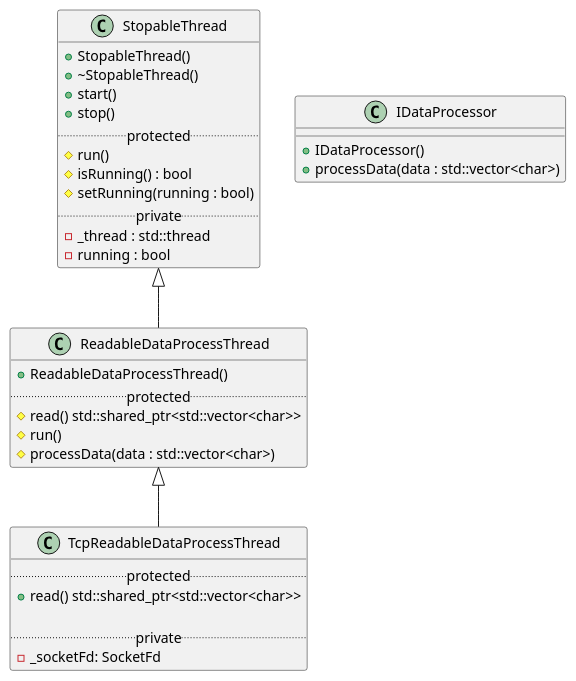
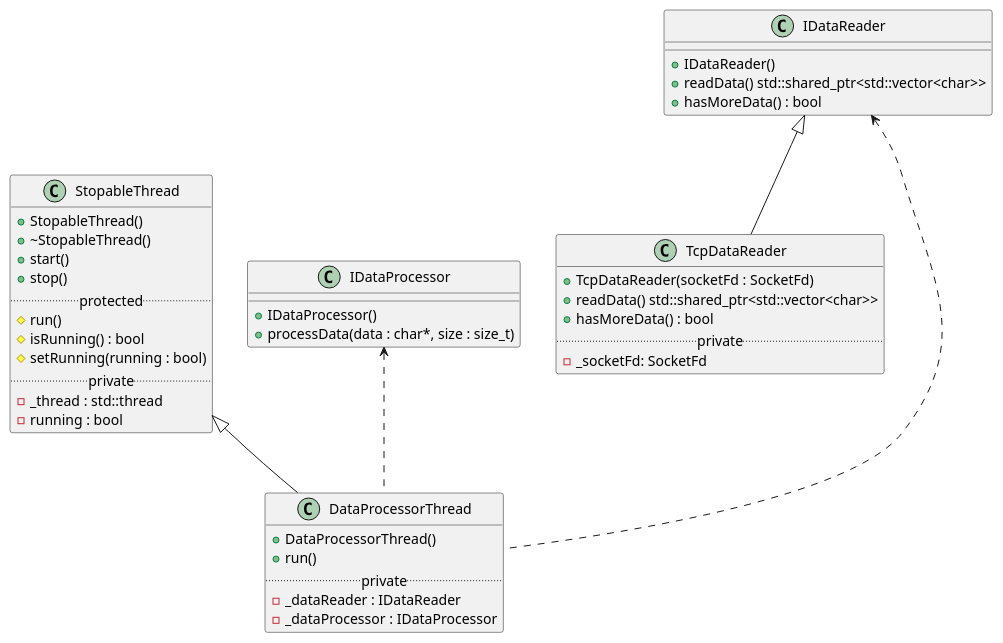
One commit to xiguichen/tcpudp changed the diagram in doc/DataProcess.md. Above: the diagram before and after it, drawn with PlantUML. The commit also changed 11 other files, not shown here.

````diff
--- a/doc/DataProcess.md
+++ b/doc/DataProcess.md
@@ -1,41 +1,50 @@
 ```plantuml
-class ReadableDataProcessThread extends StopableThread {
-    +ReadableDataProcessThread()
-    ..protected..
-     #read() std::shared_ptr<std::vector<char>> 
-    #run()
-     #processData(data : std::vector<char>)
-}
 
 class StopableThread {
     +StopableThread()
     +~StopableThread()
     +start()
     +stop()
     ..protected..
      #run()
     #isRunning() : bool
     #setRunning(running : bool)
     ..private..
     -_thread : std::thread
     -running : bool
 }
 
 
-class TcpReadableDataProcessThread extends ReadableDataProcessThread
-{
-    ..protected..
-    +read() std::shared_ptr<std::vector<char>> 
+class IDataProcessor {
+    +IDataProcessor()
+    +processData(data : char*, size : size_t)
+}
 
+class TcpDataReader extends IDataReader {
+    +TcpDataReader(socketFd : SocketFd)
+    +readData() std::shared_ptr<std::vector<char>>
+    +hasMoreData() : bool
     ..private..
     -_socketFd: SocketFd
 }
 
+class IDataReader {
+    +IDataReader()
+    +readData() std::shared_ptr<std::vector<char>>
+    +hasMoreData() : bool
+}
 
-class IDataProcessor {
-    +IDataProcessor()
-    +processData(data : std::vector<char>)
+class DataProcessorThread extends StopableThread {
+    +DataProcessorThread()
+    +run()
+    ..private..
+     -_dataReader : IDataReader
+    -_dataProcessor : IDataProcessor
 }
 
 
+IDataReader <... DataProcessorThread
+IDataProcessor <.. DataProcessorThread
+
+
 ```
````
